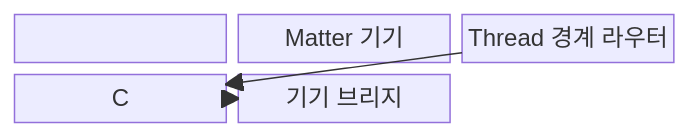
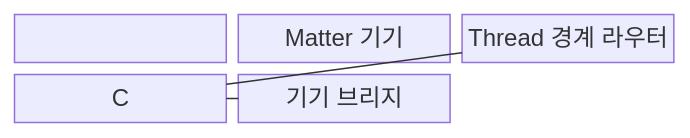
Before and after one commit to agnusdei1207/knowledge-base: the first of 2 diagrams in src/content/docs/notes/04-network/113_smart_home_network_matter.md, drawn with Mermaid. The commit also changed other lines of this file and 493 other files, not shown here.

````diff
--- a/src/content/docs/notes/04-network/113_smart_home_network_matter.md
+++ b/src/content/docs/notes/04-network/113_smart_home_network_matter.md
@@ -66,7 +66,7 @@
 ```mermaid
-block
+block-beta
   columns 3
-  A["가입•패브릭 제어기"] --> C["IP 연결 계층"] --> B["Matter 기기"]
-  D["Thread 경계 라우터"] --> C
-  E["기기 브리지"] --> C
+  A["가입•패브릭 제어기"] --- C["IP 연결 계층"] --- B["Matter 기기"]
+  D["Thread 경계 라우터"] --- C
+  E["기기 브리지"] --- C
 ```
````
